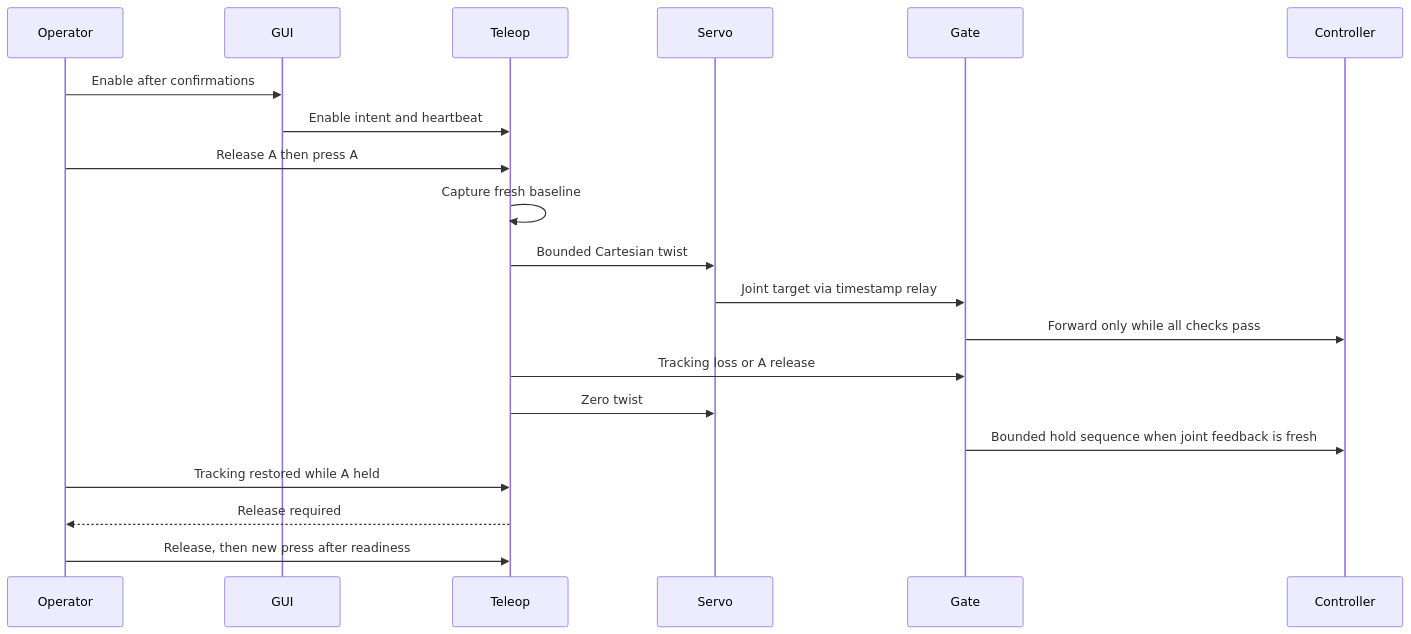
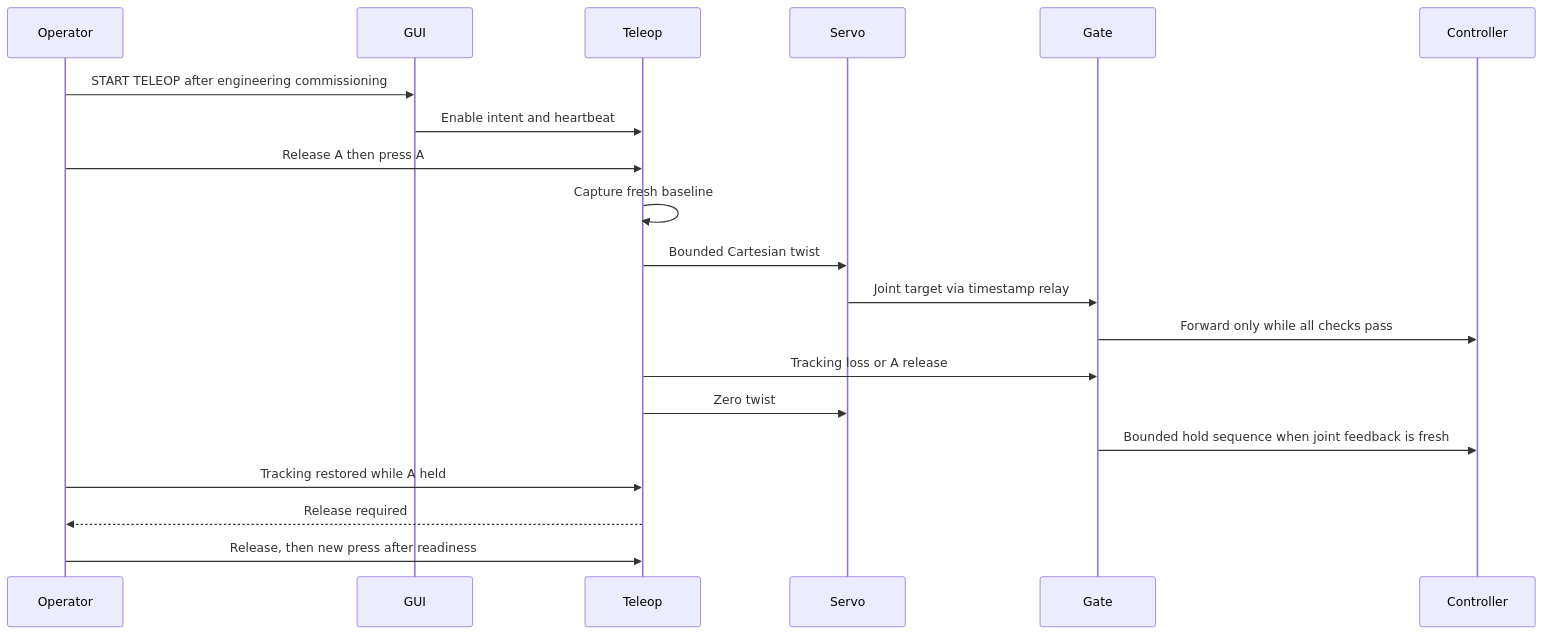
The second of 2 diagrams in docs/ARCHITECTURE.md (stefanoKS/UR_TeleOP_Index), drawn with Mermaid before and after one commit. The commit also changed other lines of this file and 28 other files, not shown here.

````diff
--- a/docs/ARCHITECTURE.md
+++ b/docs/ARCHITECTURE.md
@@ -84,22 +84,22 @@
 ```mermaid
 sequenceDiagram
     participant Operator
     participant GUI
     participant Teleop
     participant Servo
     participant Gate
     participant Controller
-    Operator->>GUI: Enable after confirmations
+    Operator->>GUI: START TELEOP after engineering commissioning
     GUI->>Teleop: Enable intent and heartbeat
     Operator->>Teleop: Release A then press A
     Teleop->>Teleop: Capture fresh baseline
     Teleop->>Servo: Bounded Cartesian twist
     Servo->>Gate: Joint target via timestamp relay
     Gate->>Controller: Forward only while all checks pass
     Teleop->>Gate: Tracking loss or A release
     Teleop->>Servo: Zero twist
     Gate->>Controller: Bounded hold sequence when joint feedback is fresh
     Operator->>Teleop: Tracking restored while A held
     Teleop-->>Operator: Release required
     Operator->>Teleop: Release, then new press after readiness
 ```
````
